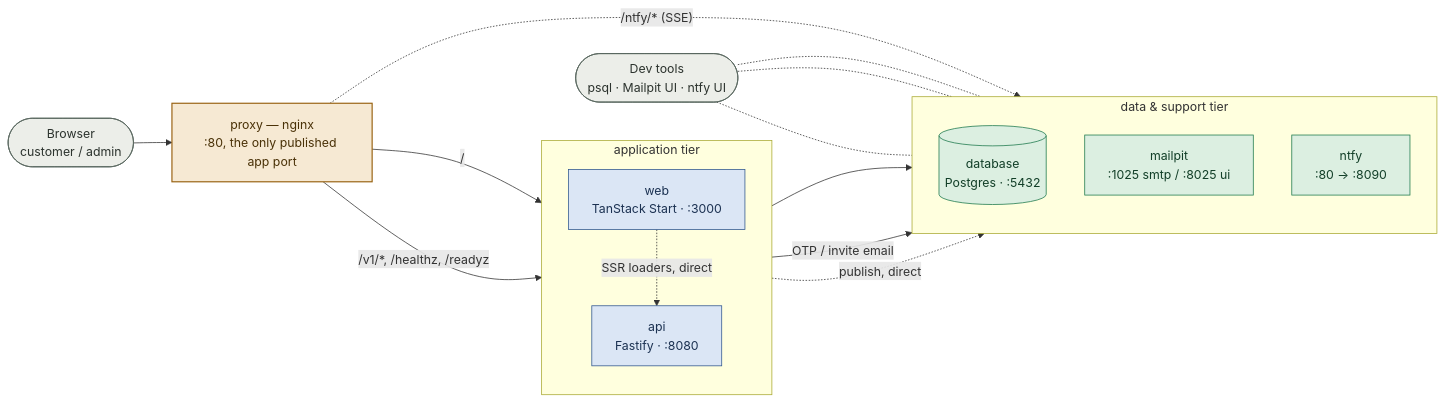
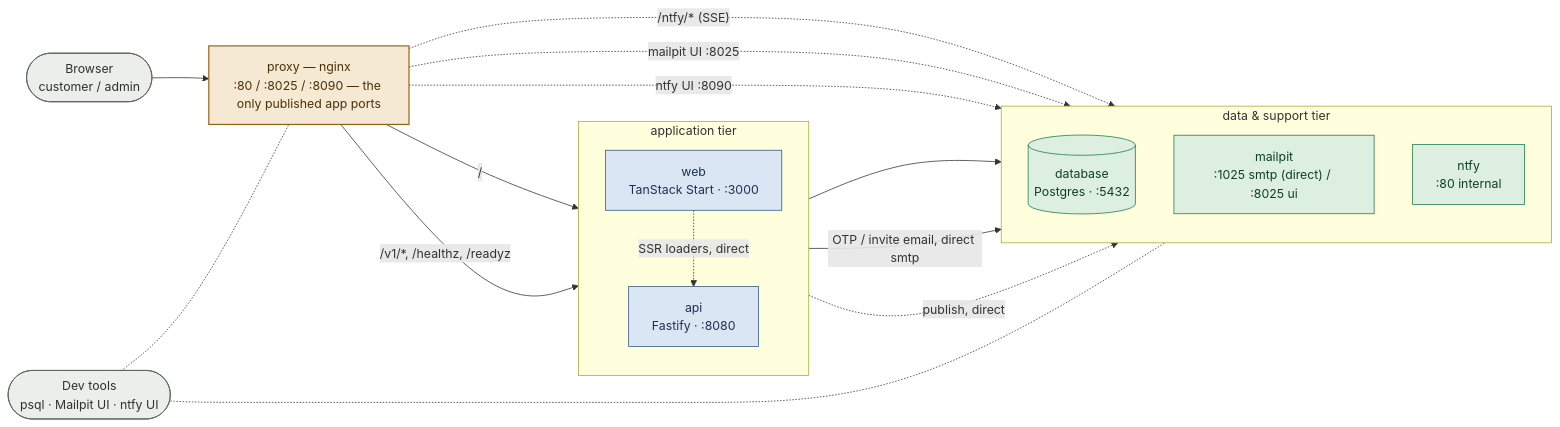
One commit to nseokaneJHB/transactions-dispute-portal changed the first of 3 diagrams in docs/infrastructure.md. Above: the diagram before and after it, drawn with Mermaid. The commit also changed other lines of this file and 4 other files, not shown here.

Commit message:
Sync docs with #64: Mailpit/ntfy web UIs behind the proxy, test counts to 65/8

````diff
--- a/docs/infrastructure.md
+++ b/docs/infrastructure.md
@@ -9,45 +9,46 @@
 ```mermaid
 flowchart LR
     Browser(["Browser<br/>customer / admin"])
     DevTools(["Dev tools<br/>psql · Mailpit UI · ntfy UI"])
 
-    Proxy["proxy — nginx<br/>:80, the only published app port"]
+    Proxy["proxy — nginx<br/>:80 / :8025 / :8090 — the only published app ports"]
 
     subgraph App["application tier"]
         direction TB
         Web["web<br/>TanStack Start · :3000"]
         Api["api<br/>Fastify · :8080"]
     end
 
     subgraph Data["data & support tier"]
         direction TB
         Db[("database<br/>Postgres · :5432")]
-        Mailpit["mailpit<br/>:1025 smtp / :8025 ui"]
-        Ntfy["ntfy<br/>:80 → :8090"]
+        Mailpit["mailpit<br/>:1025 smtp (direct) / :8025 ui"]
+        Ntfy["ntfy<br/>:80 internal"]
     end
 
     Browser --> Proxy
     Proxy -->|"/"| Web
     Proxy -->|"/v1/*, /healthz, /readyz"| Api
     Proxy -.->|"/ntfy/* (SSE)"| Ntfy
+    Proxy -.->|"mailpit UI :8025"| Mailpit
+    Proxy -.->|"ntfy UI :8090"| Ntfy
 
     Web -.->|"SSR loaders, direct"| Api
 
     Api --> Db
-    Api -->|"OTP / invite email"| Mailpit
+    Api -->|"OTP / invite email, direct smtp"| Mailpit
     Api -.->|"publish, direct"| Ntfy
 
     DevTools -.- Db
-    DevTools -.- Mailpit
-    DevTools -.- Ntfy
+    DevTools -.- Proxy
 
     classDef proxy fill:#f6e9d3,stroke:#97600f,color:#4a3208,stroke-width:1.5px;
     classDef app fill:#dbe6f5,stroke:#31578f,color:#1c3252;
     classDef data fill:#dcefe1,stroke:#1f7a4d,color:#123f28;
     classDef client fill:#eceee9,stroke:#57655d,color:#2c332e;
 
     class Proxy proxy
     class Web,Api app
     class Db,Mailpit,Ntfy data
     class Browser,DevTools client
 ```
````
